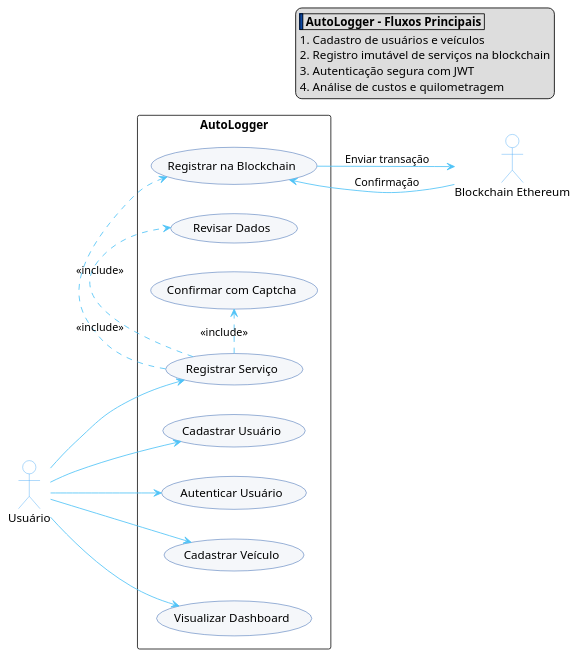
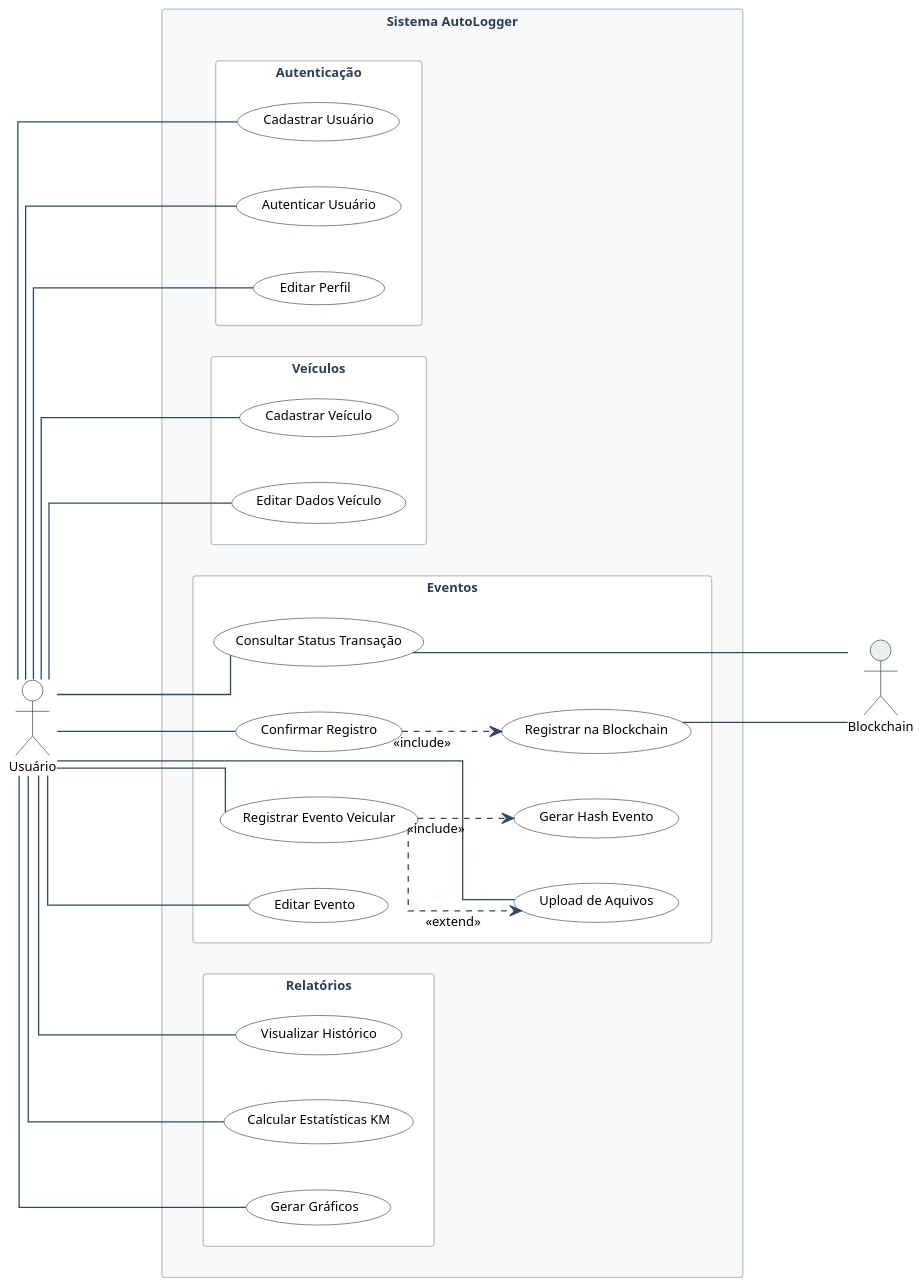
The diagram in docs/use_case_diagram.puml (Pellegr1n1/autologger-services), drawn with PlantUML before and after one commit.

Commit message:
Ajuste no diagrama de caso de uso

```diff
--- a/docs/use_case_diagram.puml
+++ b/docs/use_case_diagram.puml
@@ -1,49 +1,81 @@
 @startuml AutoLogger_UseCase_Diagram
+
 left to right direction
 
 skinparam {
-    usecaseFontSize 14
-    usecaseBackgroundColor #F5F7FA
-    usecaseBorderColor #0D47A1
+    usecaseFontSize 12
+    usecaseFontName "Segoe UI"
+    usecaseBackgroundColor #FFFFFF
+    usecaseBorderColor #34495E
     actorBackgroundColor #FFFFFF
-    actorBorderColor #42A5F5
-    arrowColor #4FC3F7
-    monochrome false
+    actorBorderColor #2C3E50
+    actorFontName "Segoe UI"
+    actorFontSize 12
+    arrowColor #34495E
+    rectangleBackgroundColor #F8F9FA
+    rectangleBorderColor #BDC3C7
+    rectangleFontColor #2C3E50
+    rectangleFontName "Segoe UI"
+    rectangleFontSize 13
+    defaultTextAlignment center
+    wrapWidth 200
+    dpi 150
+    shadowing false
+    linetype ortho
+    defaultFontName "Segoe UI"
+    defaultFontSize 10
 }
 
-actor "Usuário" as User
-actor "Blockchain Ethereum" as Blockchain
+actor "Usuário" as User #FFFFFF
+actor "Blockchain" as Blockchain #ECF0F1
 
-rectangle "AutoLogger" {
-  (Cadastrar Usuário) as UC1
-  (Autenticar Usuário) as UC2
-  (Cadastrar Veículo) as UC3
-  (Registrar Serviço) as UC4
-  (Visualizar Dashboard) as UC6
-  (Registrar na Blockchain) as UC7
-  (Revisar Dados) as UC8
-  (Confirmar com Captcha) as UC9
+rectangle "Sistema AutoLogger" #F8F9FA {
 
-  User --> UC1
-  User --> UC2
-  User --> UC3
-  User --> UC4
-  User --> UC6
+  rectangle "Autenticação" #FFFFFF {
+    (Cadastrar Usuário) as UC01
+    (Autenticar Usuário) as UC02
+    (Editar Perfil) as UC16
+  }
 
-  UC4 .> UC7 : <<include>>
-  UC7 --> Blockchain : "Enviar transação"
-  Blockchain --> UC7 : "Confirmação"
+  rectangle "Veículos" #FFFFFF {
+    (Cadastrar Veículo) as UC03
+    (Editar Dados Veículo) as UC17
+  }
 
-  UC4 .> UC8 : <<include>>
-  UC4 .> UC9 : <<include>>
+  rectangle "Eventos" #FFFFFF {
+    (Registrar Evento Veicular) as UC05
+    (Upload de Aquivos) as UC07
+    (Gerar Hash Evento) as UC08
+    (Confirmar Registro) as UC09
+    (Registrar na Blockchain) as UC10
+    (Consultar Status Transação) as UC11
+    (Editar Evento) as UC15
+  }
+
+  rectangle "Relatórios" #FFFFFF {
+    (Visualizar Histórico) as UC12
+    (Calcular Estatísticas KM) as UC13
+    (Gerar Gráficos) as UC14
+  }
 }
 
-legend top right
-  |<back:#0D47A1> </back>| **AutoLogger - Fluxos Principais** |
-  1. Cadastro de usuários e veículos
-  2. Registro imutável de serviços na blockchain
-  3. Autenticação segura com JWT
-  4. Análise de custos e quilometragem
-endlegend
+User --- UC01
+User --- UC02
+User --- UC16
+User --- UC03
+User --- UC17
+User --- UC05
+User --- UC07
+User --- UC09
+User --- UC11
+User --- UC15
+User --- UC12
+User --- UC13
+User --- UC14
+UC05 ..> UC08 : <<include>>
+UC09 ..> UC10 : <<include>>
+UC05 ..> UC07 : <<extend>>
+UC10 --- Blockchain
+UC11 --- Blockchain
 
 @enduml
```
